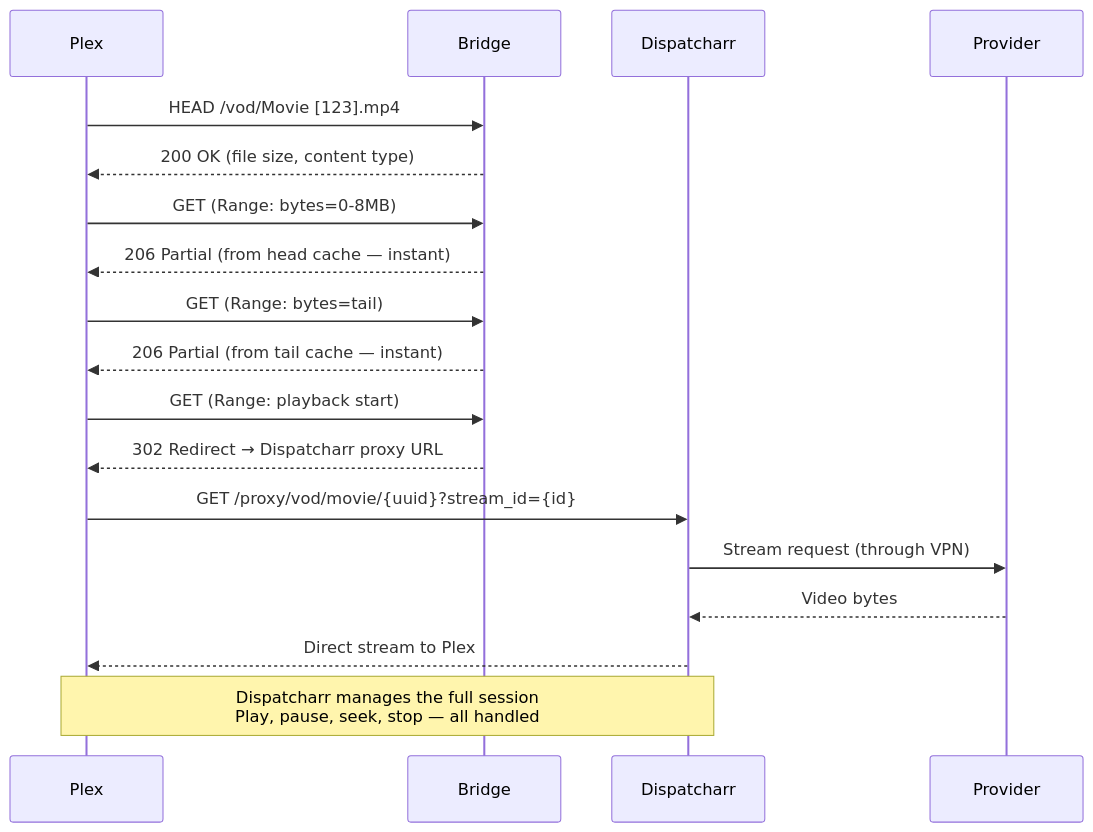
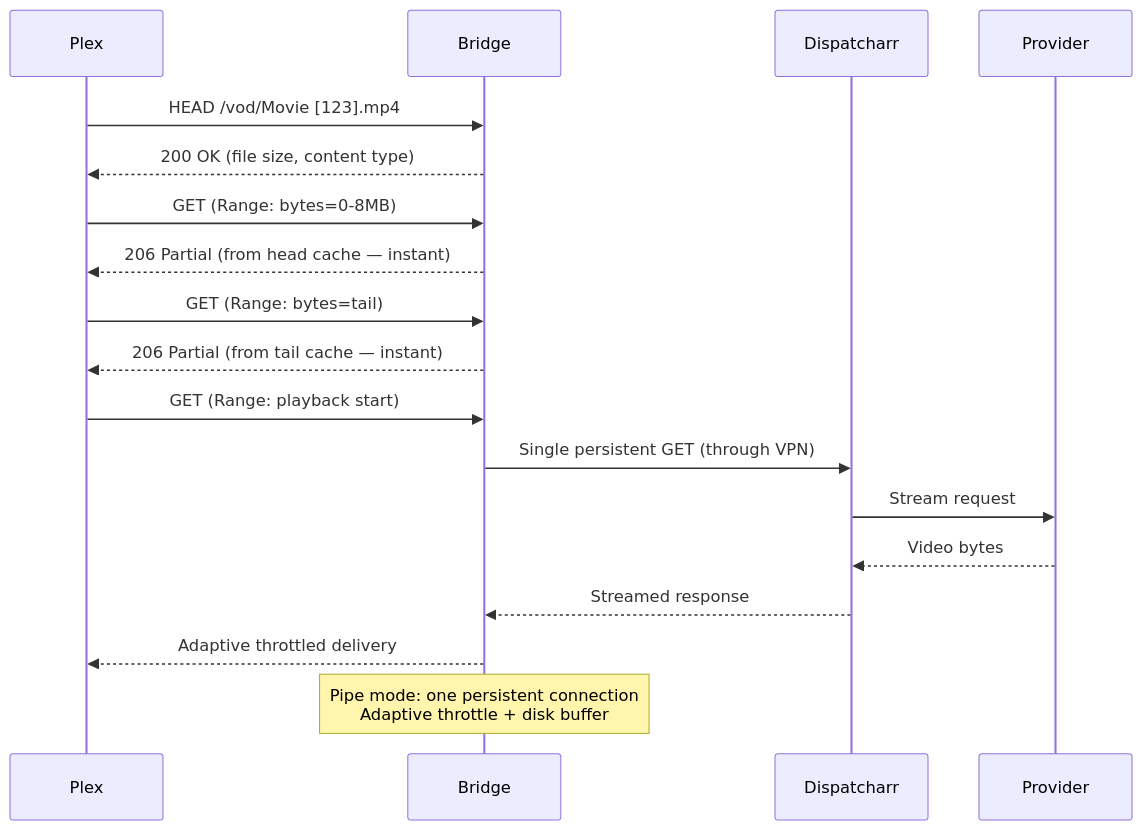
One commit to knmplace/vod-plex-bridge changed the second of 4 diagrams in README.md. Above: the diagram before and after it, drawn with Mermaid. The commit also changed other lines of this file and 7 other files, not shown here.

First line of the commit message:
Remove redirect mode entirely — pipe mode is the only streaming path

````diff
--- a/README.md
+++ b/README.md
@@ -54,21 +52,21 @@
 ```mermaid
 sequenceDiagram
     participant P as Plex
     participant B as Bridge
     participant D as Dispatcharr
     participant S as Provider
 
     P->>B: HEAD /vod/Movie [123].mp4
     B-->>P: 200 OK (file size, content type)
     P->>B: GET (Range: bytes=0-8MB)
     B-->>P: 206 Partial (from head cache — instant)
     P->>B: GET (Range: bytes=tail)
     B-->>P: 206 Partial (from tail cache — instant)
     P->>B: GET (Range: playback start)
-    B-->>P: 302 Redirect → Dispatcharr proxy URL
-    P->>D: GET /proxy/vod/movie/{uuid}?stream_id={id}
-    D->>S: Stream request (through VPN)
+    B->>D: Single persistent GET (through VPN)
+    D->>S: Stream request
     S-->>D: Video bytes
-    D-->>P: Direct stream to Plex
-    Note over D,P: Dispatcharr manages the full session<br/>Play, pause, seek, stop — all handled
+    D-->>B: Streamed response
+    B-->>P: Adaptive throttled delivery
+    Note over B: Pipe mode: one persistent connection<br/>Adaptive throttle + disk buffer
 ```
````
